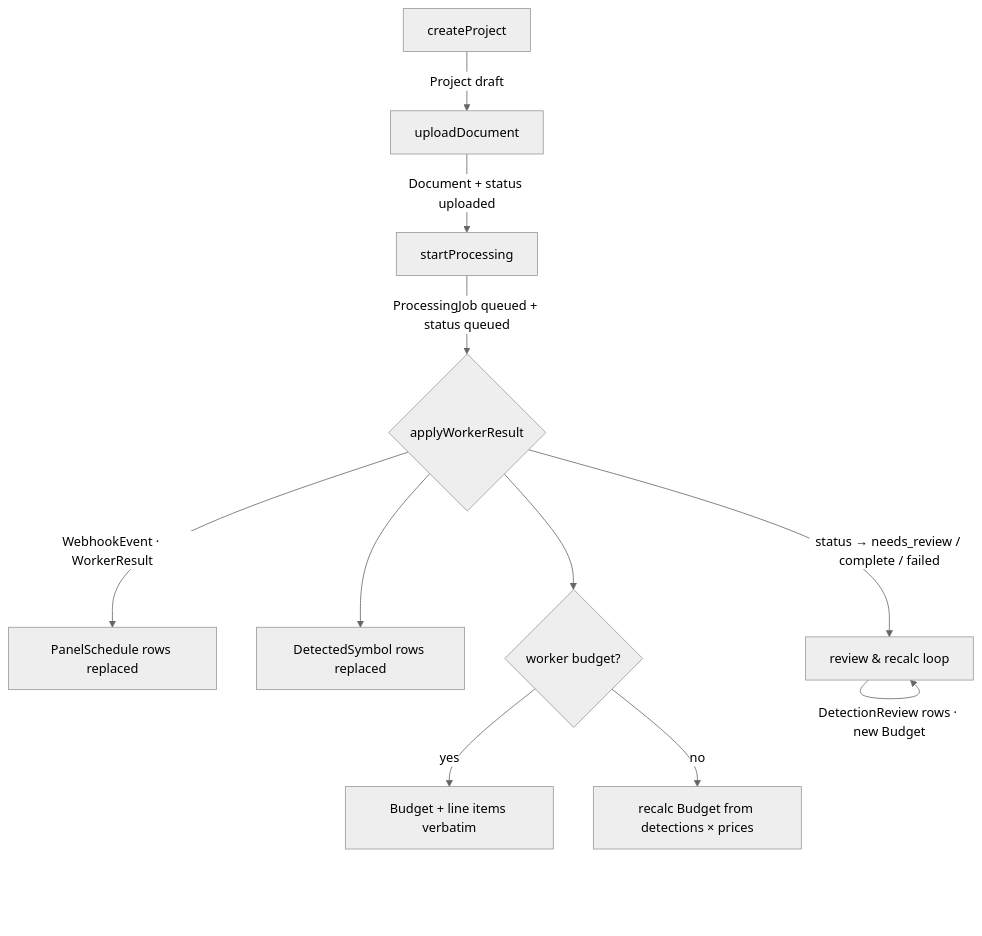
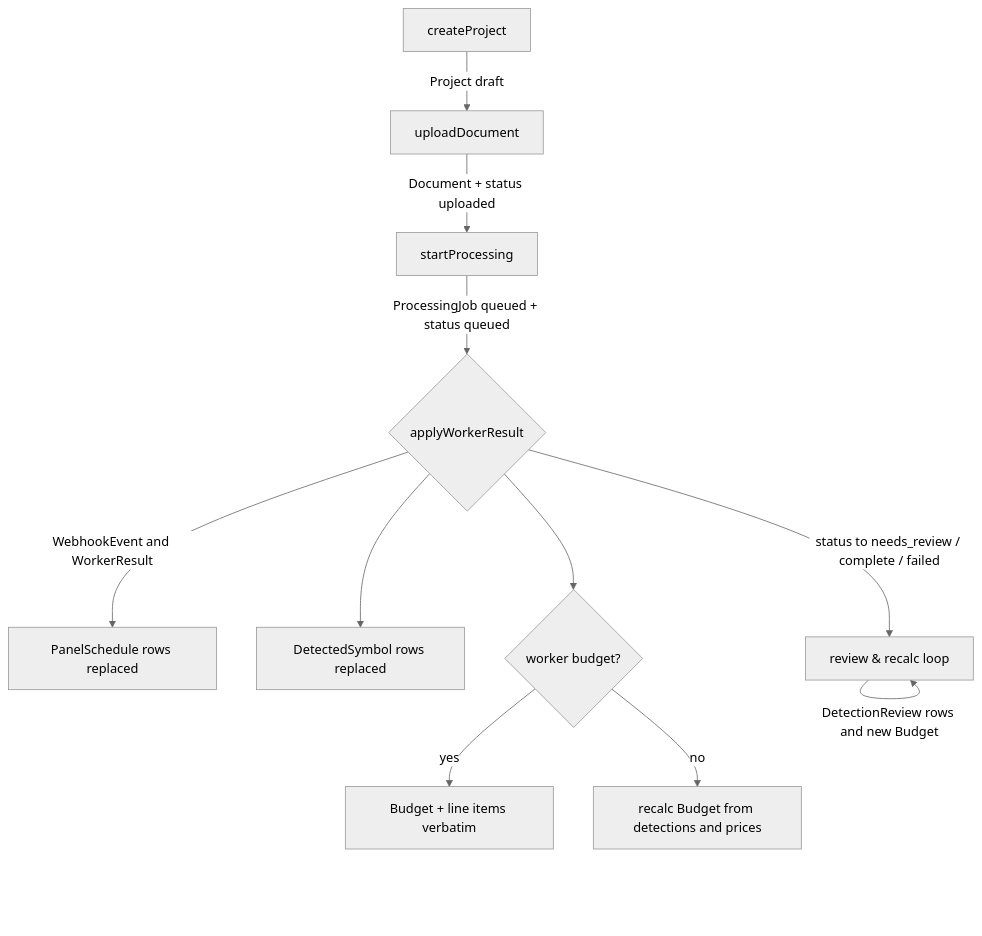
Before and after one commit to cubito1080/orcherstrator_wholeFoods: the second of 2 diagrams in docs/DATA_MODEL.md, drawn with Mermaid (neutral theme). The commit also changed 9 other files, not shown here.

````diff
--- a/docs/DATA_MODEL.md
+++ b/docs/DATA_MODEL.md
@@ -281,13 +281,13 @@
 ```mermaid
 flowchart TB
     A[createProject] -->|Project draft| B[uploadDocument]
     B -->|Document + status uploaded| C[startProcessing]
     C -->|ProcessingJob queued + status queued| D{applyWorkerResult}
-    D -->|WebhookEvent · WorkerResult| E[PanelSchedule rows replaced]
+    D -->|WebhookEvent and WorkerResult| E[PanelSchedule rows replaced]
     D --> F[DetectedSymbol rows replaced]
     D --> G{worker budget?}
     G -->|yes| H[Budget + line items verbatim]
-    G -->|no| I[recalc Budget from detections × prices]
-    D -->|status → needs_review / complete / failed| J[review & recalc loop]
-    J -->|DetectionReview rows · new Budget| J
+    G -->|no| I[recalc Budget from detections and prices]
+    D -->|status to needs_review / complete / failed| J[review & recalc loop]
+    J -->|DetectionReview rows and new Budget| J
 ```
````
